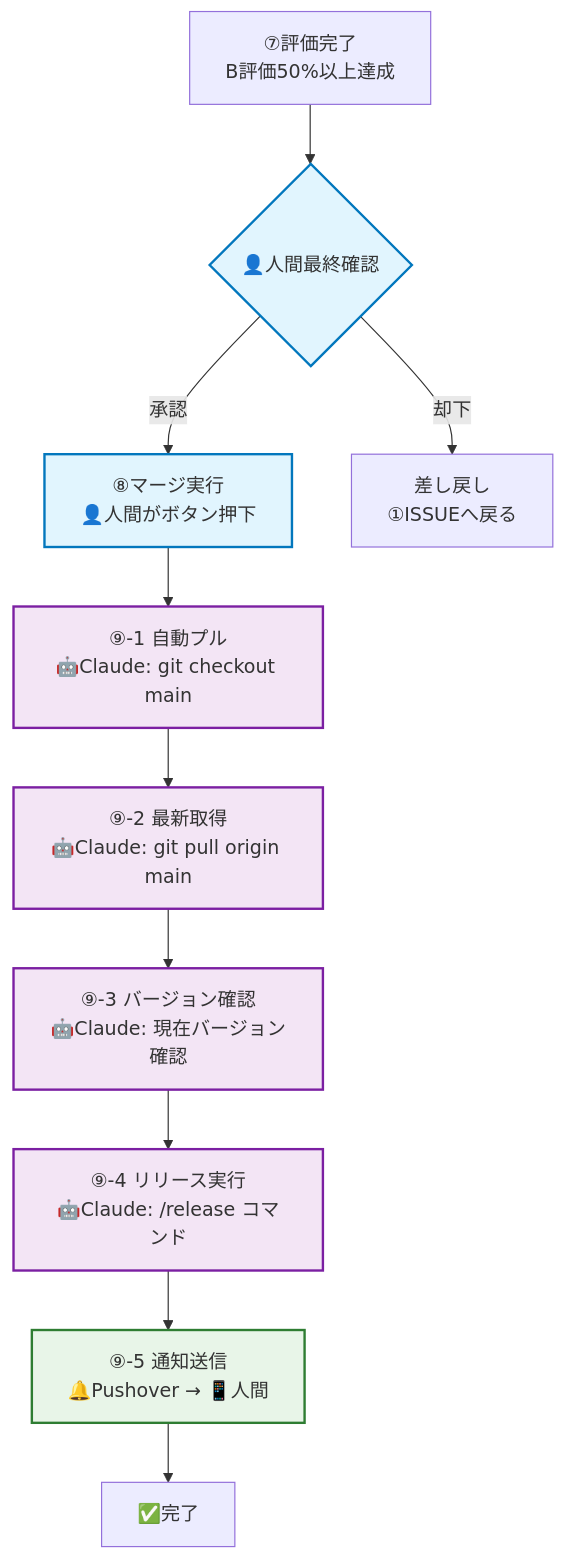
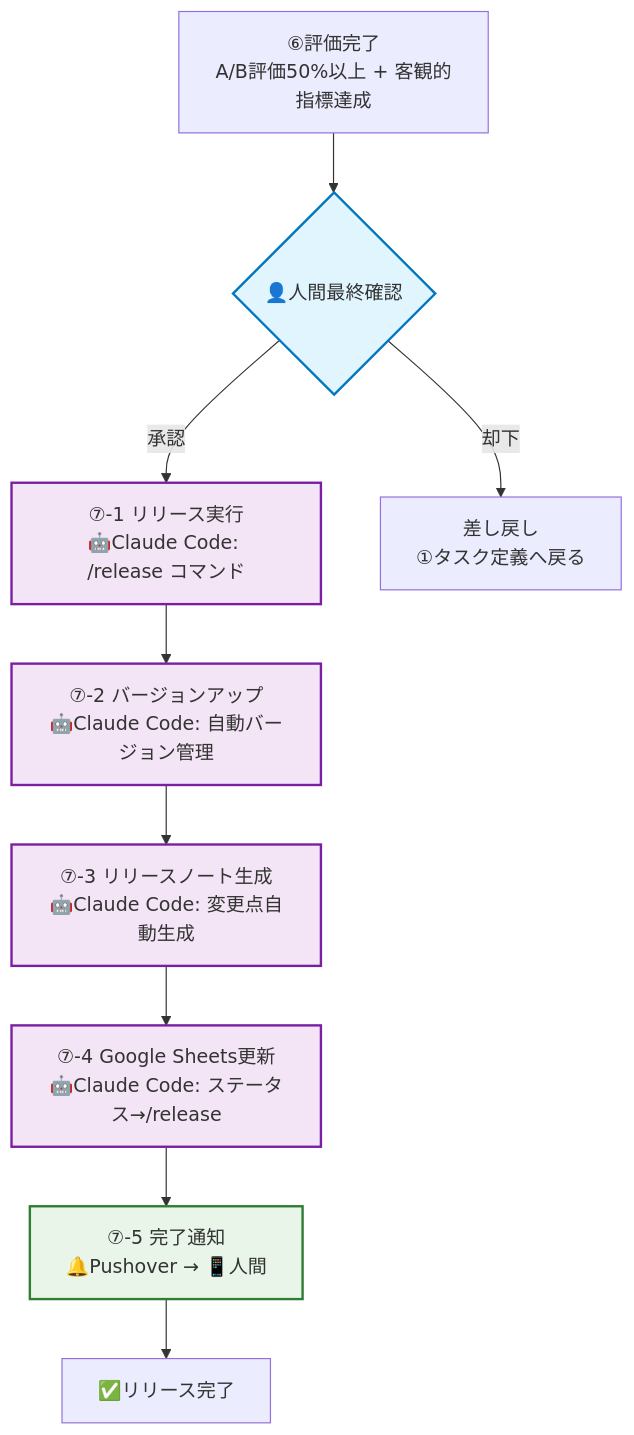
One commit to miyashita337/segment-anything changed the diagram in docs/workflows/release_process_guide.md. Above: the diagram before and after it, drawn with Mermaid. The commit also changed other lines of this file and 55 other files, not shown here.

First line of the commit message:
feat: Add priority column (B) to Google Sheets and implement task ticketing system

````diff
--- a/docs/workflows/release_process_guide.md
+++ b/docs/workflows/release_process_guide.md
@@ -12,23 +13,22 @@
 ```mermaid
 flowchart TB
-    Evaluation[⑦評価完了<br/>B評価50%以上達成] --> HumanCheck{👤人間最終確認}
-    HumanCheck -->|承認| Merge[⑧マージ実行<br/>👤人間がボタン押下]
-    HumanCheck -->|却下| Reject[差し戻し<br/>①ISSUEへ戻る]
+    Evaluation[⑥評価完了<br/>A/B評価50%以上 + 客観的指標達成] --> HumanCheck{👤人間最終確認}
+    HumanCheck -->|承認| Release[⑦-1 リリース実行<br/>🤖Claude Code: /release コマンド]
+    HumanCheck -->|却下| Reject[差し戻し<br/>①タスク定義へ戻る]
     
-    Merge --> AutoPull[⑨-1 自動プル<br/>🤖Claude: git checkout main]
-    AutoPull --> GitPull[⑨-2 最新取得<br/>🤖Claude: git pull origin main]
-    GitPull --> VersionCheck[⑨-3 バージョン確認<br/>🤖Claude: 現在バージョン確認]
-    VersionCheck --> Release[⑨-4 リリース実行<br/>🤖Claude: /release コマンド]
-    Release --> Notification[⑨-5 通知送信<br/>🔔Pushover → 📱人間]
+    Release --> VersionUp[⑦-2 バージョンアップ<br/>🤖Claude Code: 自動バージョン管理]
+    VersionUp --> Notes[⑦-3 リリースノート生成<br/>🤖Claude Code: 変更点自動生成]
+    Notes --> SheetsUpdate[⑦-4 Google Sheets更新<br/>🤖Claude Code: ステータス→/release]
+    SheetsUpdate --> Notification[⑦-5 完了通知<br/>🔔Pushover → 📱人間]
     
-    Notification --> Complete[✅完了]
+    Notification --> Complete[✅リリース完了]
     
     %% スタイル定義
     classDef humanTask fill:#e1f5fe,stroke:#0277bd,stroke-width:2px
-    classDef autoTask fill:#f3e5f5,stroke:#7b1fa2,stroke-width:2px
+    classDef claudeTask fill:#f3e5f5,stroke:#7b1fa2,stroke-width:2px
     classDef notification fill:#e8f5e8,stroke:#2e7d32,stroke-width:2px
     
-    class HumanCheck,Merge humanTask
-    class AutoPull,GitPull,VersionCheck,Release autoTask
+    class HumanCheck humanTask
+    class Release,VersionUp,Notes,SheetsUpdate claudeTask
     class Notification notification
 ```
````
